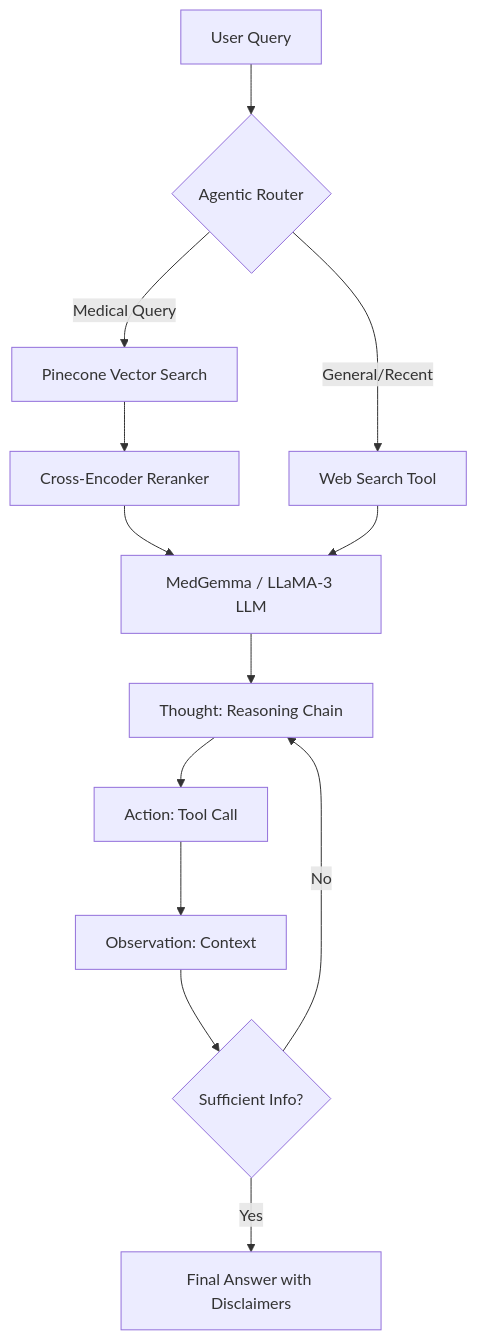
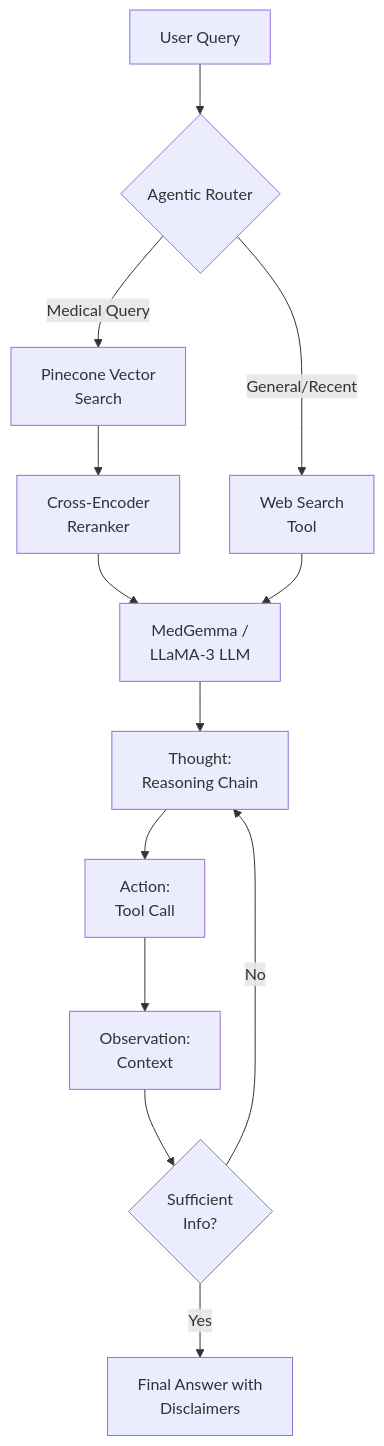
The first of 4 diagrams in README.md (jacobjk03/jacobjk03), drawn with Mermaid before and after one commit.

Commit message:
Enhance Mermaid diagram formatting in README
Updated the Mermaid diagram in the README to improve readability with line breaks.

````diff
--- a/README.md
+++ b/README.md
@@ -20,15 +20,15 @@
 ```mermaid
-graph TD
+graph TB
     A[User Query] --> B{Agentic Router}
-    B -->|Medical Query| C[Pinecone Vector Search]
-    B -->|General/Recent| D[Web Search Tool]
-    C --> E[Cross-Encoder Reranker]
-    E --> F[MedGemma / LLaMA-3 LLM]
+    B -->|Medical Query| C[Pinecone Vector<br/>Search]
+    B -->|General/Recent| D[Web Search<br/>Tool]
+    C --> E[Cross-Encoder<br/>Reranker]
+    E --> F[MedGemma /<br/>LLaMA-3 LLM]
     D --> F
-    F --> G[Thought: Reasoning Chain]
-    G --> H[Action: Tool Call]
-    H --> I[Observation: Context]
-    I --> J{Sufficient Info?}
+    F --> G[Thought:<br/>Reasoning Chain]
+    G --> H[Action:<br/>Tool Call]
+    H --> I[Observation:<br/>Context]
+    I --> J{Sufficient<br/>Info?}
     J -->|No| G
-    J -->|Yes| K[Final Answer with Disclaimers]
+    J -->|Yes| K[Final Answer with<br/>Disclaimers]
 ```
````
